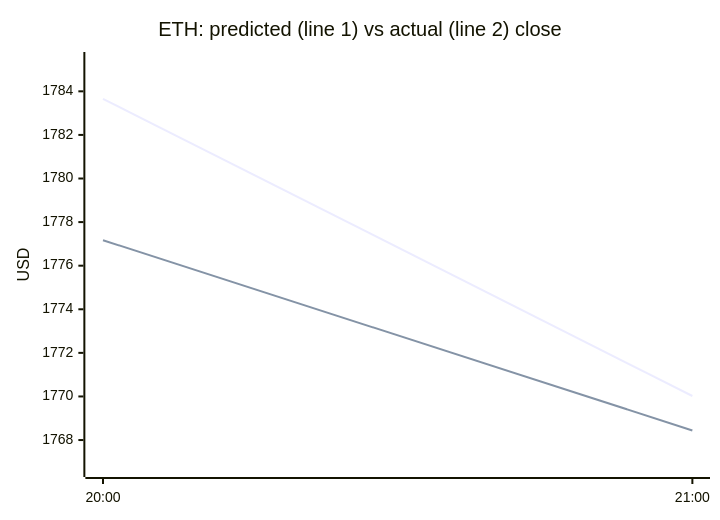
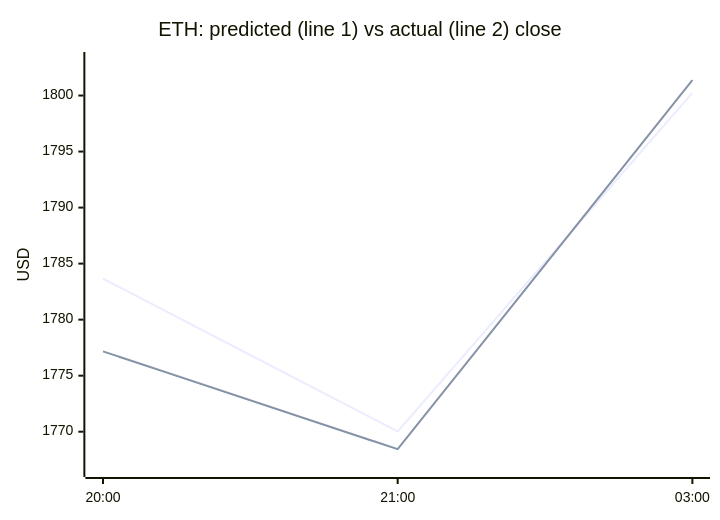
Before and after one commit to samuelkreitl-wq/crypto-hourly-forecaster: the second of 4 diagrams in README.md, drawn with Mermaid. The commit also changed other lines of this file and 14 other files, not shown here.

````diff
--- a/README.md
+++ b/README.md
@@ -47,8 +47,8 @@
 ```mermaid
 xychart-beta
     title "ETH: predicted (line 1) vs actual (line 2) close"
-    x-axis ["20:00", "21:00"]
-    y-axis "USD" 1766.6716 --> 1785.4373
-    line [1783.6536, 1770.0216]
-    line [1777.1700, 1768.4400]
+    x-axis ["20:00", "21:00", "03:00"]
+    y-axis "USD" 1766.6716 --> 1803.1714
+    line [1783.6536, 1770.0216, 1800.2369]
+    line [1777.1700, 1768.4400, 1801.3700]
 ```
````
